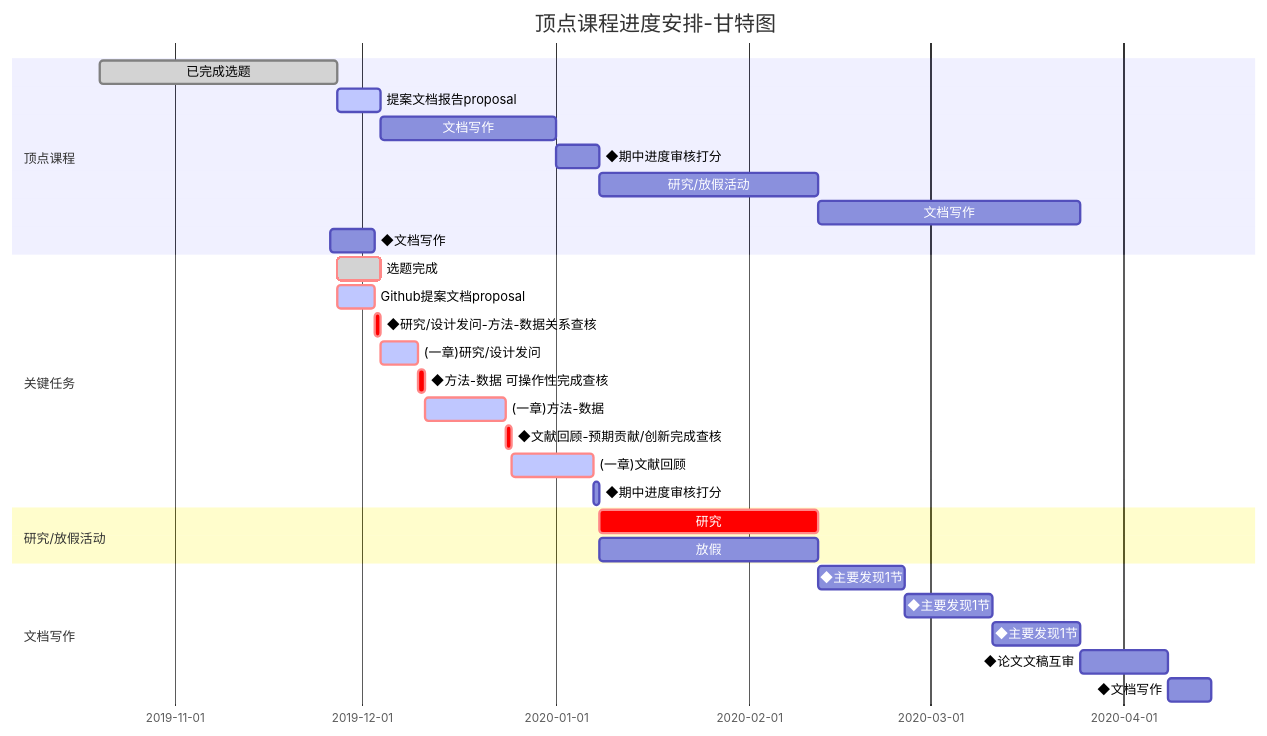
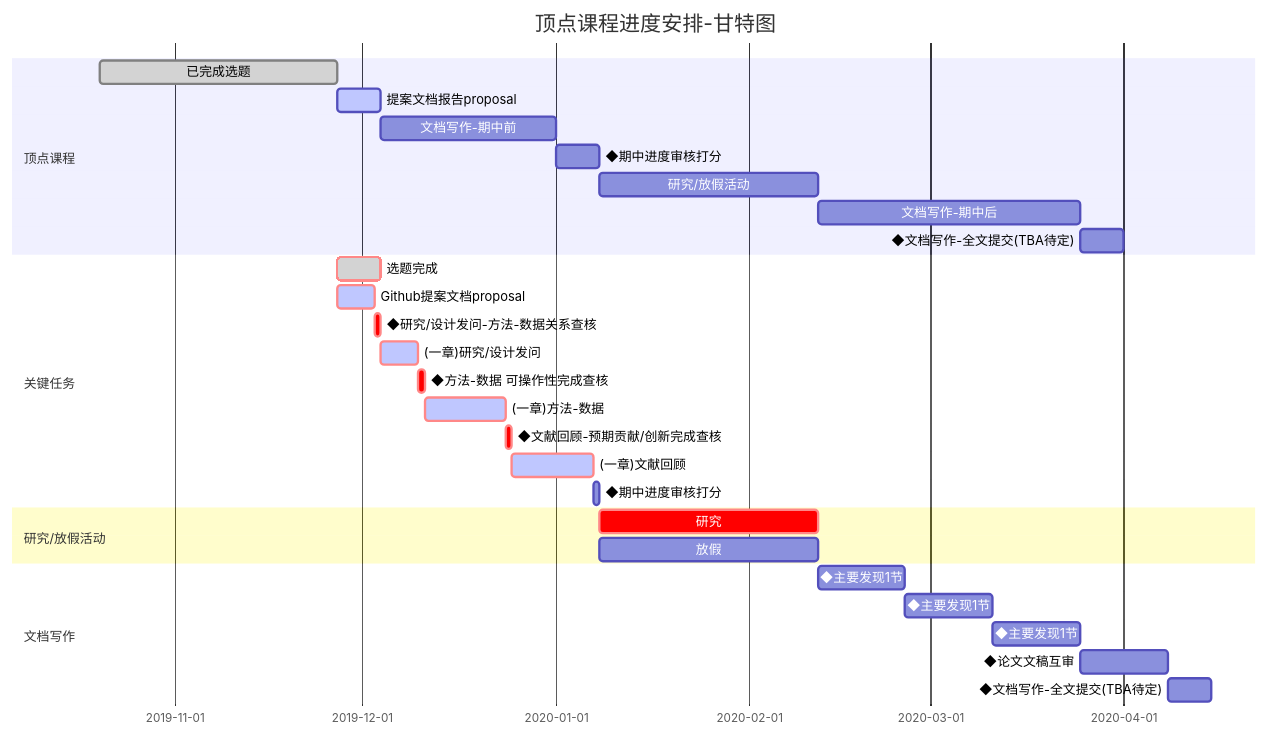
Before and after one commit to q3466141541/CapstoneProject: the diagram in prjs/proposal.md, drawn with Mermaid.

```diff
--- a/prjs/proposal.md
+++ b/prjs/proposal.md
@@ -96,38 +96,38 @@
 <div class="mermaid" style="background-color:lightgreen;"> 
 gantt
        dateFormat  YYYY-MM-DD
        title 顶点课程进度安排-甘特图
 
        section 顶点课程
        已完成选题                :done,    des1, 2019-10-20,2019-11-27
        提案文档报告proposal      :active,  des2, 2019-11-27, 7d
-       文档写作                  :         des3, after des2, 28d
+       文档写作-期中前                  :         des3, after des2, 28d
        ◆期中进度审核打分         :         des4, after des3, 7d
        研究/放假活动             :         des5, after des4, 35d
-       文档写作:主要发现         :         des6, after des5, 42d
-       ◆文档写作:全文提交(TBA待定):         des7, after des6, 7d
+       文档写作-期中后         :         des6, after des5, 42d
+       ◆文档写作-全文提交(TBA待定):         des7, after des6, 7d
 
        section 关键任务
        选题完成                  :crit, done, after des1, 7d
        Github提案文档proposal    :crit, active, 2019-11-27,6d
        ◆研究/设计发问-方法-数据关系查核  :crit, 1d
        (一章)研究/设计发问       :crit, active, 2019-12-04,6d
        ◆方法-数据 可操作性完成查核       :crit, 1d
        (一章)方法-数据           :crit, active, 2019-12-11,13d
        ◆文献回顾-预期贡献/创新完成查核     :crit, 1d
        (一章)文献回顾           :crit, active, 2019-12-25,13d
        ◆期中进度审核打分                   :1d
 
        section 研究/放假活动
        研究                     :crit, after des4, 35d
        放假                     :      vac1, after des4, 35d
 
        section 文档写作
        ◆主要发现1节              : finding1, after des5, 14d
        ◆主要发现1节              : finding2, after finding1, 14d
        ◆主要发现1节              : finding3, after finding2, 14d
        ◆论文文稿互审             : peerreview, after finding3, 14d
-       ◆文档写作:全文提交(TBA待定):    des7, after peerreview, 7d
+       ◆文档写作-全文提交(TBA待定):    des7, after peerreview, 7d
 
 
 </div>
```
